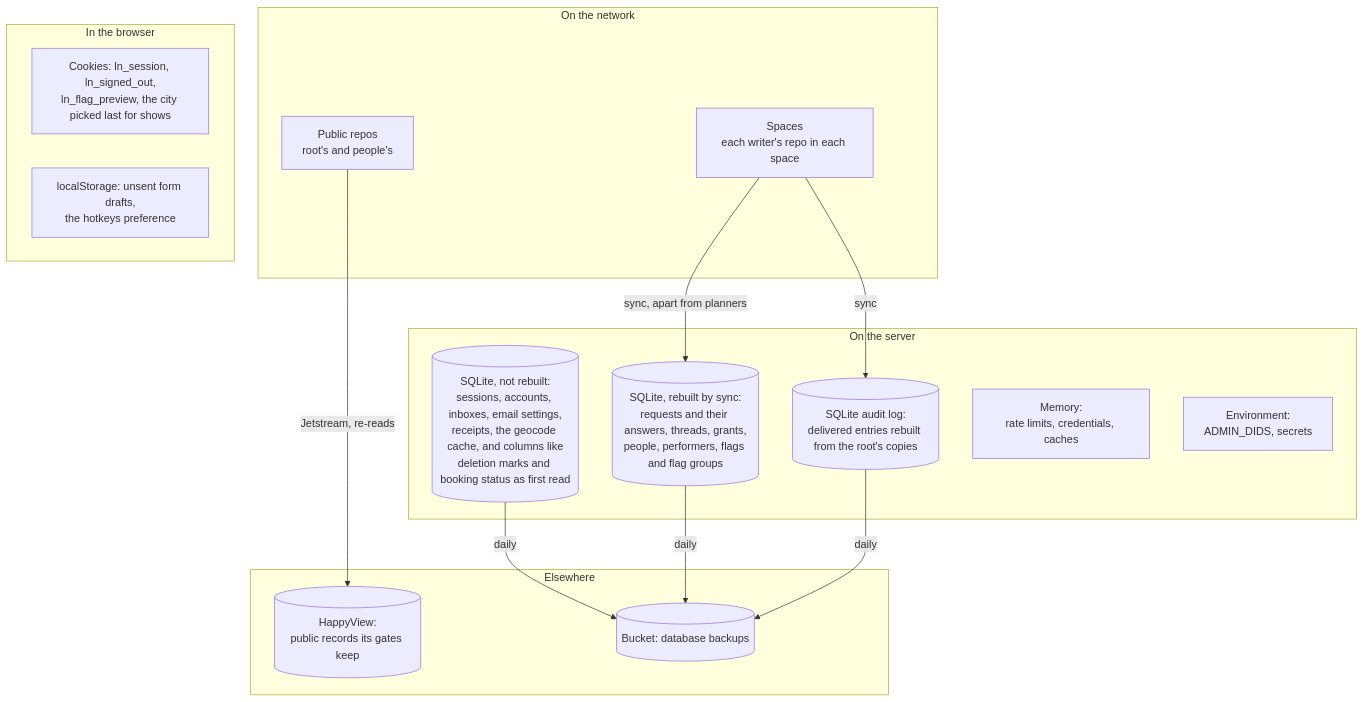
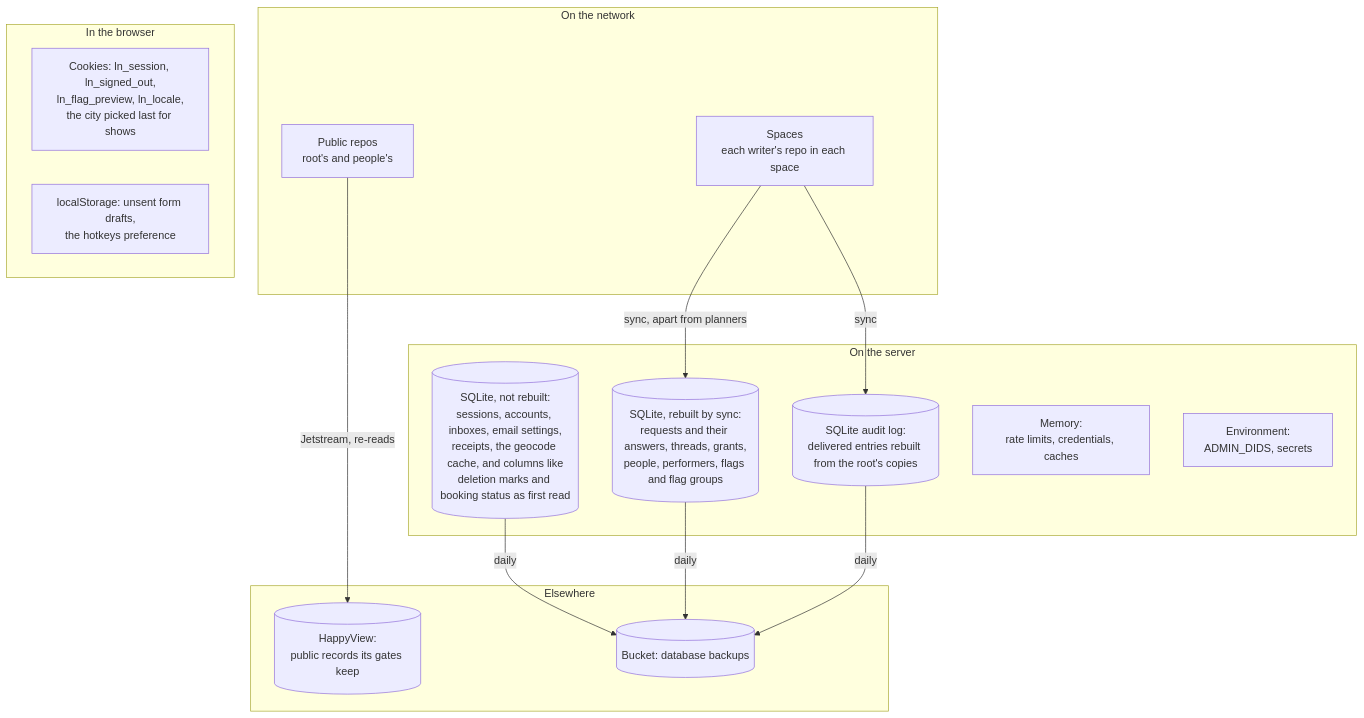
Before and after one commit to cutenode/localnetwork: the seventh of 11 diagrams in apps/web/README.md, drawn with Mermaid. The commit also changed other lines of this file and 89 other files, not shown here.

````diff
--- a/apps/web/README.md
+++ b/apps/web/README.md
@@ -598,28 +611,28 @@
 ```mermaid
 flowchart TD
   subgraph Network["On the network"]
     Repos["Public repos<br/>root's and people's"]
     Spaces["Spaces<br/>each writer's repo in each space"]
   end
   subgraph Server["On the server"]
     Index[("SQLite, rebuilt by sync:<br/>requests and their answers, threads, grants,<br/>people, performers, flags and flag groups")]
     Only[("SQLite, not rebuilt:<br/>sessions, accounts, inboxes, email settings,<br/>receipts, the geocode cache, and columns like<br/>deletion marks and booking status as first read")]
     Outbox[("SQLite audit log:<br/>delivered entries rebuilt from the root's copies")]
     Memory["Memory:<br/>rate limits, credentials, caches"]
     Config["Environment:<br/>ADMIN_DIDS, secrets"]
   end
   subgraph Elsewhere["Elsewhere"]
     HV[("HappyView:<br/>public records its gates keep")]
     Bucket[("Bucket: database backups")]
   end
   subgraph Client["In the browser"]
-    Cookies["Cookies: ln_session, ln_signed_out,<br/>ln_flag_preview, the city picked last for shows"]
+    Cookies["Cookies: ln_session, ln_signed_out,<br/>ln_flag_preview, ln_locale,<br/>the city picked last for shows"]
     Local["localStorage: unsent form drafts,<br/>the hotkeys preference"]
   end
   Repos -- "Jetstream, re-reads" --> HV
   Spaces -- "sync, apart from planners" --> Index
   Spaces -- "sync" --> Outbox
   Only -- "daily" --> Bucket
   Index -- "daily" --> Bucket
   Outbox -- "daily" --> Bucket
 ```
````
